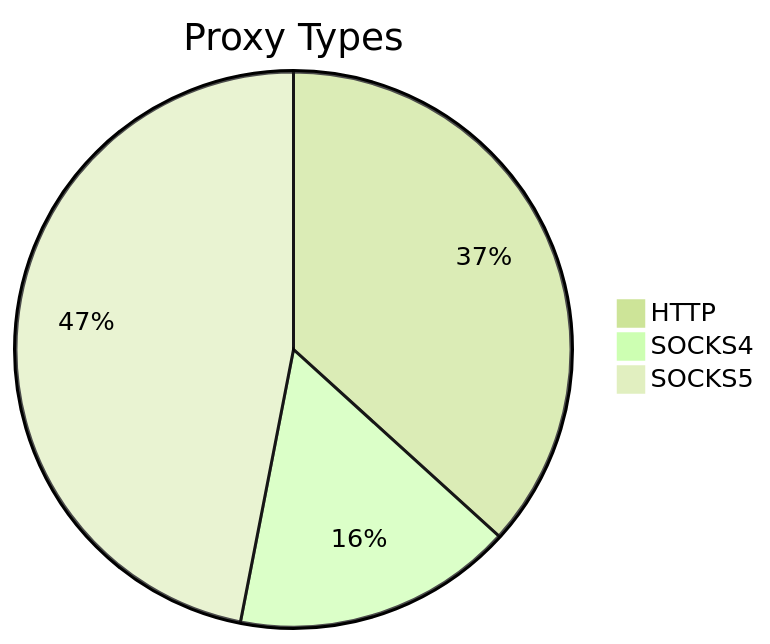
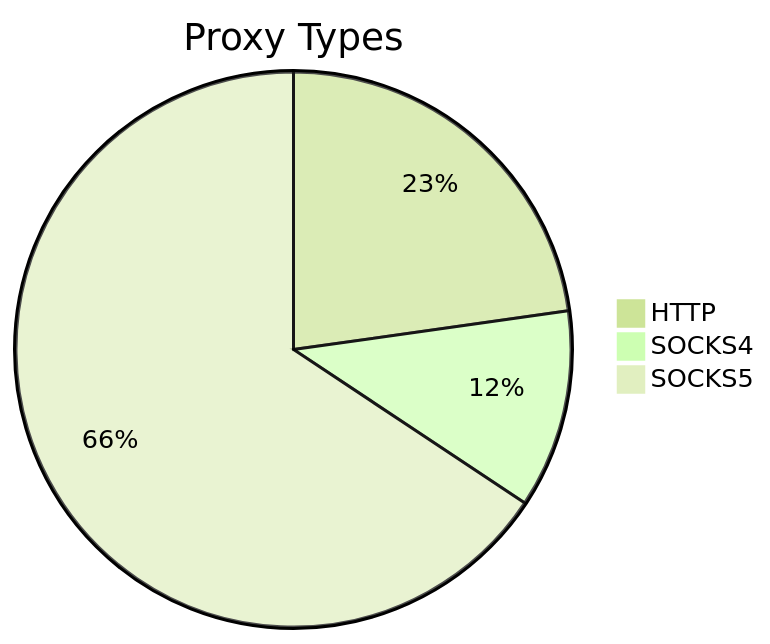
Before and after one commit to stormsia/proxy-list: the first of 2 diagrams in README.md, drawn with Mermaid (forest theme). The commit also changed other lines of this file, not shown here.

````diff
--- a/README.md
+++ b/README.md
@@ -21,6 +21,6 @@
 ```mermaid
 pie title Proxy Types
-    "HTTP" : 90
-    "SOCKS4" : 40
-    "SOCKS5" : 115
+    "HTTP" : 69
+    "SOCKS4" : 35
+    "SOCKS5" : 199
 ```
````
